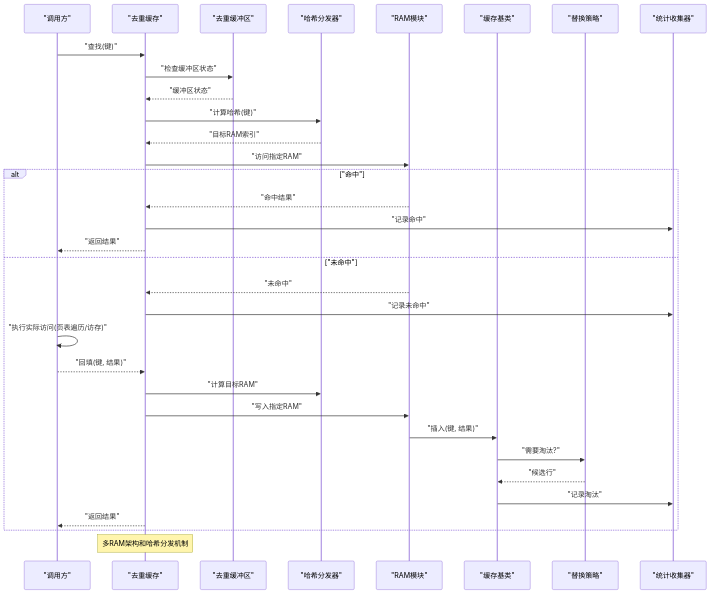
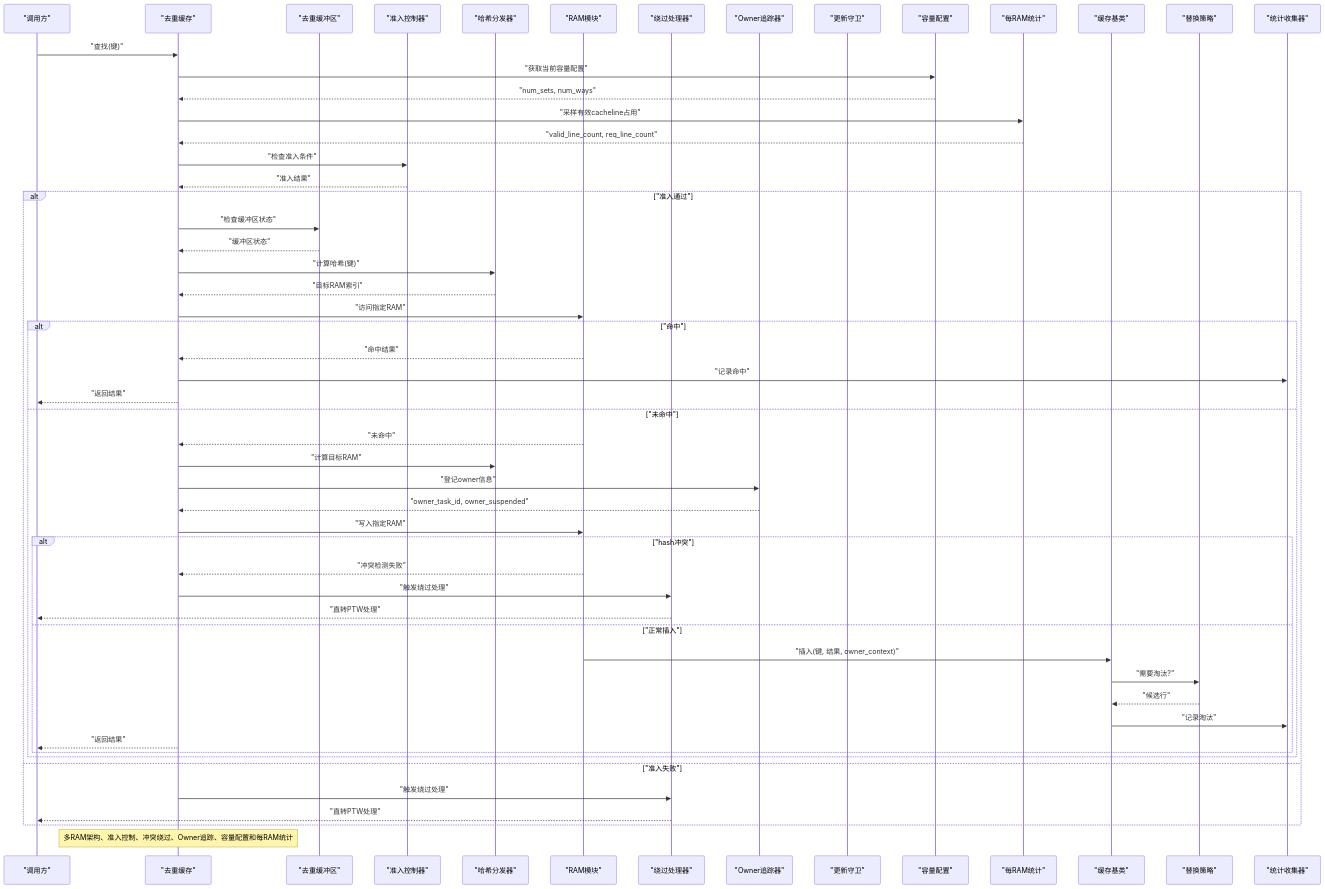
One commit to jiangjiang1122/iommu_model_20260401_v1 changed the third of 16 diagrams in .qoder/repowiki/zh/content/缓存系统/Dedup缓存（去重缓存）.md. Above: the diagram before and after it, drawn with Mermaid. The commit also changed other lines of this file and 55 other files, not shown here.

````diff
--- a/.qoder/repowiki/zh/content/缓存系统/Dedup缓存（去重缓存）.md
+++ b/.qoder/repowiki/zh/content/缓存系统/Dedup缓存（去重缓存）.md
@@ -368,35 +472,57 @@
 ```mermaid
 sequenceDiagram
 participant 调用方 as "调用方"
 participant 去重缓存 as "去重缓存"
 participant 去重缓冲区 as "去重缓冲区"
+participant 准入控制 as "准入控制器"
 participant 哈希分发 as "哈希分发器"
 participant RAM模块 as "RAM模块"
+participant 绕过处理 as "绕过处理器"
+participant Owner追踪 as "Owner追踪器"
+participant 更新守卫 as "更新守卫"
+participant 容量配置 as "容量配置"
+participant 每RAM统计 as "每RAM统计"
 participant 基类 as "缓存基类"
 participant 策略 as "替换策略"
 participant 统计 as "统计收集器"
 调用方->>去重缓存 : "查找(键)"
+去重缓存->>容量配置 : "获取当前容量配置"
+容量配置-->>去重缓存 : "num_sets, num_ways"
+去重缓存->>每RAM统计 : "采样有效cacheline占用"
+每RAM统计-->>去重缓存 : "valid_line_count, req_line_count"
+去重缓存->>准入控制 : "检查准入条件"
+准入控制-->>去重缓存 : "准入结果"
+alt "准入通过"
 去重缓存->>去重缓冲区 : "检查缓冲区状态"
 去重缓冲区-->>去重缓存 : "缓冲区状态"
 去重缓存->>哈希分发 : "计算哈希(键)"
 哈希分发-->>去重缓存 : "目标RAM索引"
 去重缓存->>RAM模块 : "访问指定RAM"
 alt "命中"
 RAM模块-->>去重缓存 : "命中结果"
 去重缓存->>统计 : "记录命中"
 去重缓存-->>调用方 : "返回结果"
 else "未命中"
 RAM模块-->>去重缓存 : "未命中"
-去重缓存->>统计 : "记录未命中"
-调用方->>调用方 : "执行实际访问(页表遍历/访存)"
-调用方-->>去重缓存 : "回填(键, 结果)"
 去重缓存->>哈希分发 : "计算目标RAM"
+去重缓存->>Owner追踪 : "登记owner信息"
+Owner追踪-->>去重缓存 : "owner_task_id, owner_suspended"
 去重缓存->>RAM模块 : "写入指定RAM"
-RAM模块->>基类 : "插入(键, 结果)"
+alt "hash冲突"
+RAM模块-->>去重缓存 : "冲突检测失败"
+去重缓存->>绕过处理 : "触发绕过处理"
+绕过处理-->>调用方 : "直转PTW处理"
+else "正常插入"
+RAM模块->>基类 : "插入(键, 结果, owner_context)"
 基类->>策略 : "需要淘汰?"
 策略-->>基类 : "候选行"
 基类->>统计 : "记录淘汰"
 去重缓存-->>调用方 : "返回结果"
 end
-Note over 去重缓存 : 多RAM架构和哈希分发机制
+end
+else "准入失败"
+去重缓存->>绕过处理 : "触发绕过处理"
+绕过处理-->>调用方 : "直转PTW处理"
+end
+Note over 去重缓存 : 多RAM架构、准入控制、冲突绕过、Owner追踪、容量配置和每RAM统计
 ```
````
